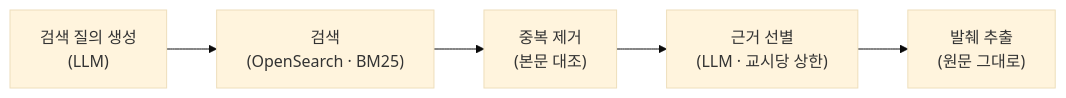
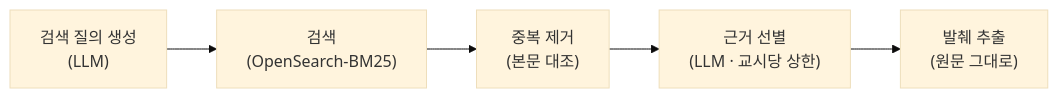
Before and after one commit to Doc-AI-Agent-development/Doc-AI-Agent-development.github.io: the diagram in docs/edu-material/evidence.md, drawn with Mermaid (base theme).

Commit message:
Join the search engine keywords with a dash

````diff
--- a/docs/edu-material/evidence.md
+++ b/docs/edu-material/evidence.md
@@ -26,7 +26,7 @@
 ```mermaid
 flowchart LR
-  A["검색 질의 생성<br/>(LLM)"] --> B["검색<br/>(OpenSearch · BM25)"]
+  A["검색 질의 생성<br/>(LLM)"] --> B["검색<br/>(OpenSearch-BM25)"]
   B --> C["중복 제거<br/>(본문 대조)"]
   C --> D["근거 선별<br/>(LLM · 교시당 상한)"]
   D --> E["발췌 추출<br/>(원문 그대로)"]
 ```
````
